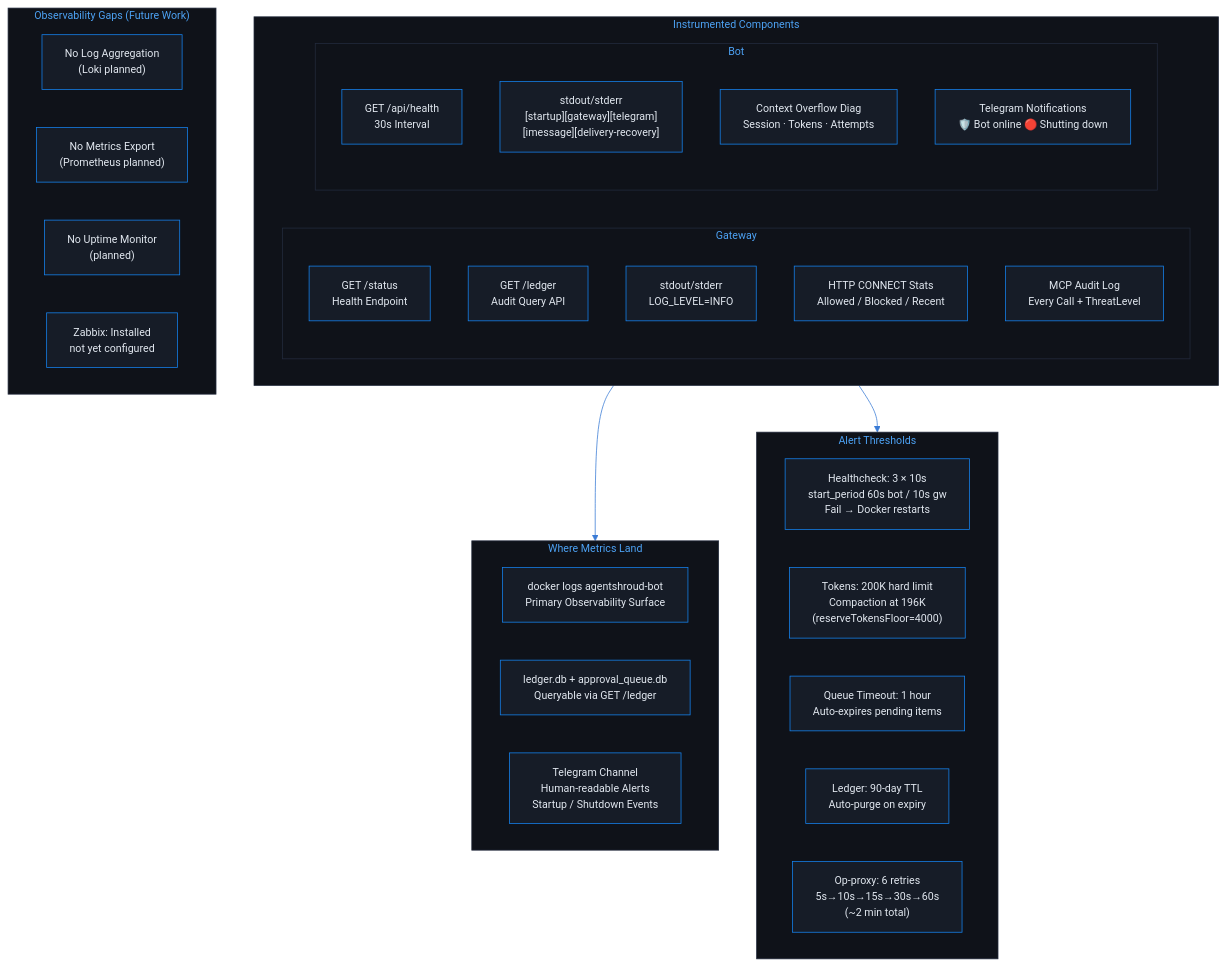
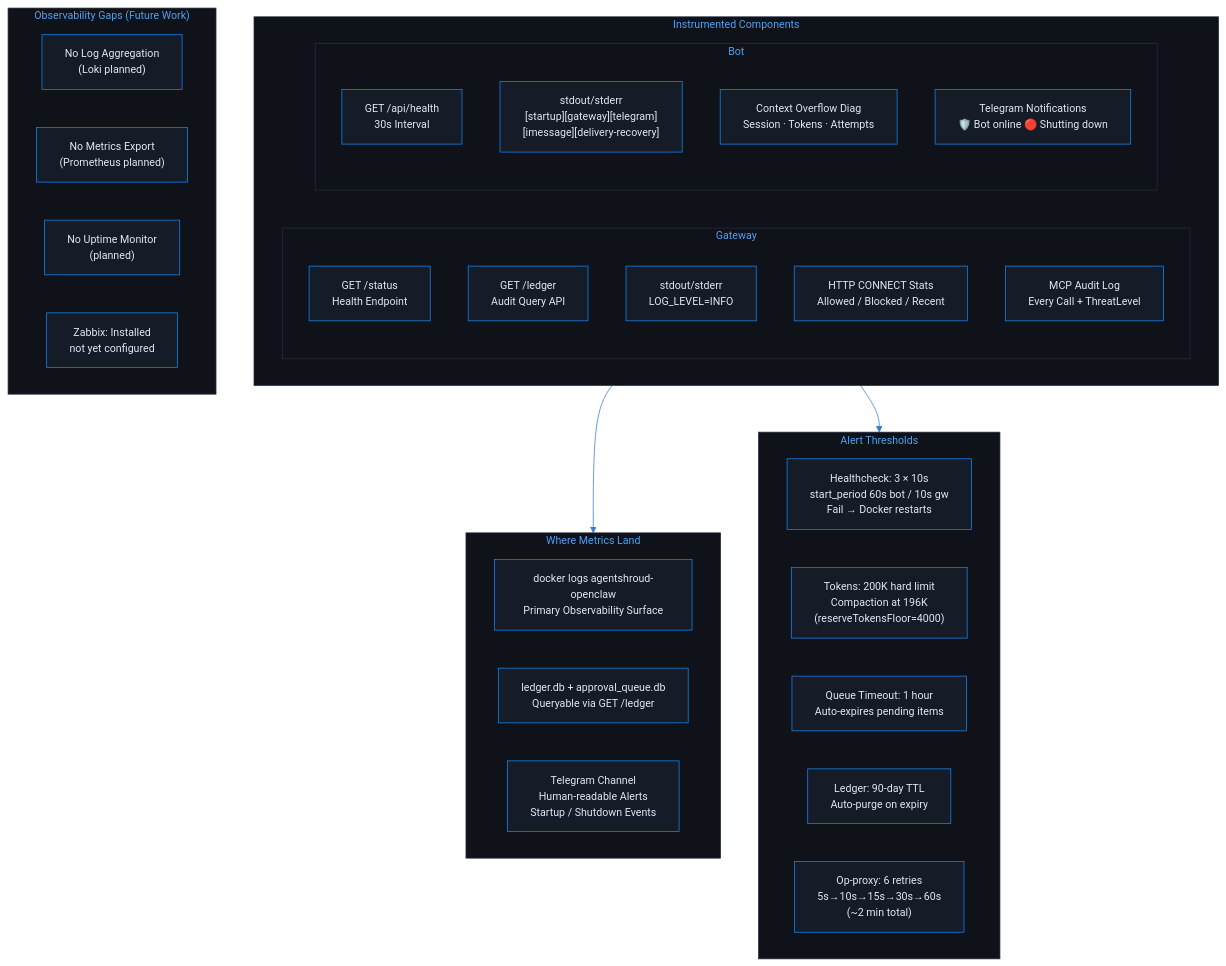
Before and after one commit to idallasjlabs/agentshroud: the third of 3 diagrams in docs/diagrams/06-operations.md, drawn with Mermaid. The commit also changed 69 other files, not shown here.

````diff
--- a/docs/diagrams/06-operations.md
+++ b/docs/diagrams/06-operations.md
@@ -122,44 +122,44 @@
 ```mermaid
 %%{init: {'theme': 'base', 'themeVariables': {'primaryColor': '#161c27', 'primaryTextColor': '#e2e8f0', 'primaryBorderColor': '#1583f0', 'lineColor': '#3a7bd5', 'secondaryColor': '#0f1219', 'tertiaryColor': '#08090b', 'background': '#08090b', 'mainBkg': '#161c27', 'nodeBorder': '#1583f0', 'clusterBkg': '#0f1219', 'clusterBorder': '#232b3d', 'titleColor': '#4da2f4', 'edgeLabelBackground': '#0f1219', 'fontFamily': 'Inter, system-ui, sans-serif', 'fontSize': '14px'}}}%%
 graph TB
     subgraph Instrumented["Instrumented Components"]
         subgraph GW_MON["Gateway"]
             GW_HEALTH["GET /status\nHealth Endpoint"]
             GW_LEDGER["GET /ledger\nAudit Query API"]
             GW_LOGS["stdout/stderr\nLOG_LEVEL=INFO"]
             PROXY_STATS["HTTP CONNECT Stats\nAllowed / Blocked / Recent"]
             MCP_AUDIT_LOG["MCP Audit Log\nEvery Call + ThreatLevel"]
         end
 
         subgraph BOT_MON["Bot"]
             BOT_HEALTH["GET /api/health\n30s Interval"]
             BOT_LOGS["stdout/stderr\n[startup][gateway][telegram]\n[imessage][delivery-recovery]"]
             CONTEXT_DIAG["Context Overflow Diag\nSession · Tokens · Attempts"]
             TG_NOTIF["Telegram Notifications\n🛡️ Bot online  🔴 Shutting down"]
         end
     end
 
     subgraph AlertThresholds["Alert Thresholds"]
         TH1["Healthcheck: 3 × 10s\nstart_period 60s bot / 10s gw\nFail → Docker restarts"]
         TH2["Tokens: 200K hard limit\nCompaction at 196K\n(reserveTokensFloor=4000)"]
         TH3["Queue Timeout: 1 hour\nAuto-expires pending items"]
         TH4["Ledger: 90-day TTL\nAuto-purge on expiry"]
         TH5["Op-proxy: 6 retries\n5s→10s→15s→30s→60s\n(~2 min total)"]
     end
 
     subgraph MetricsDest["Where Metrics Land"]
-        DOCKER_LOGS["docker logs agentshroud-bot\nPrimary Observability Surface"]
+        DOCKER_LOGS["docker logs agentshroud-openclaw\nPrimary Observability Surface"]
         SQLITE_AUDIT["ledger.db + approval_queue.db\nQueryable via GET /ledger"]
         TELEGRAM_CHAN["Telegram Channel\nHuman-readable Alerts\nStartup / Shutdown Events"]
     end
 
     subgraph Gaps["Observability Gaps (Future Work)"]
         GAP1["No Log Aggregation\n(Loki planned)"]
         GAP2["No Metrics Export\n(Prometheus planned)"]
         GAP3["No Uptime Monitor\n(planned)"]
         GAP4["Zabbix: Installed\nnot yet configured"]
     end
 
     Instrumented --> MetricsDest
     Instrumented --> AlertThresholds
 ```
````
